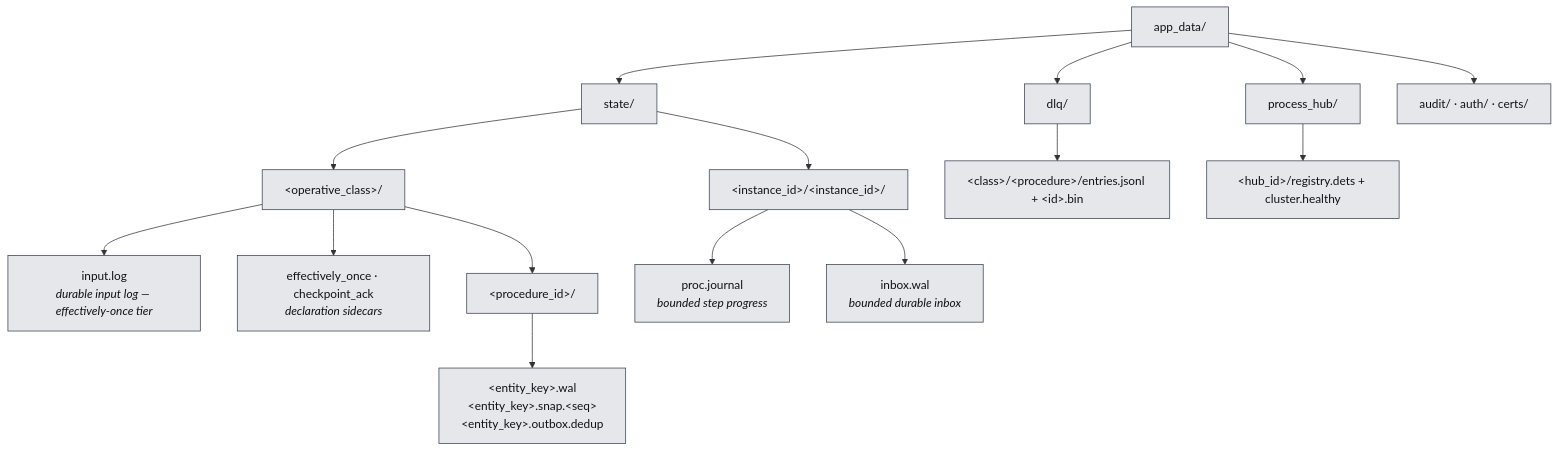
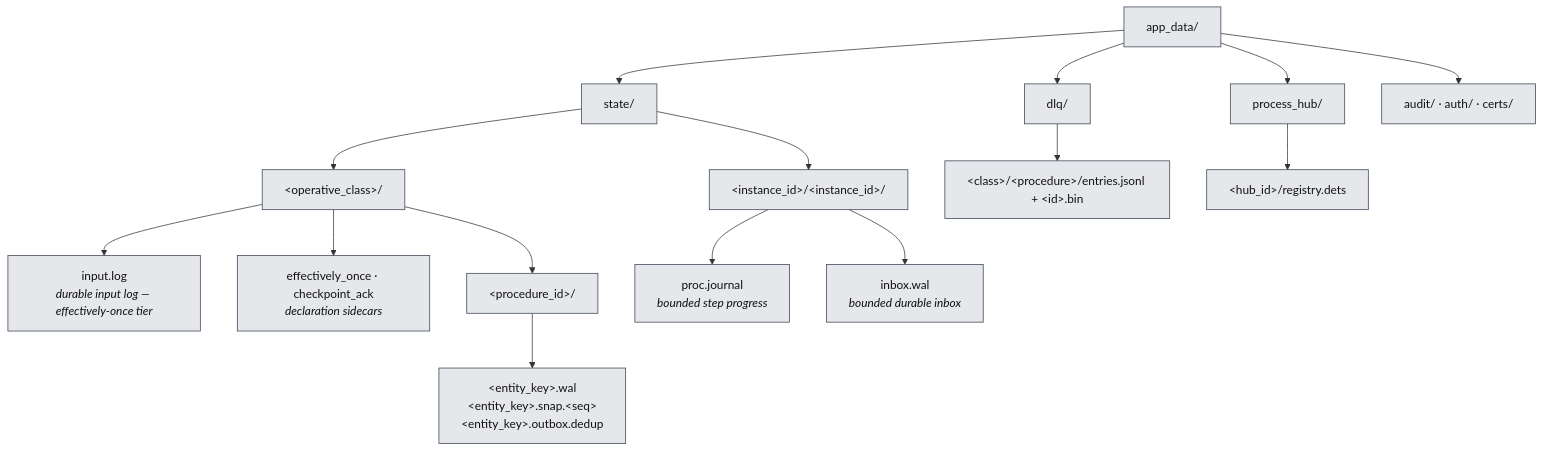
One commit to Flezha/flezha changed the eighth of 9 diagrams in docs/architecture/README.md. Above: the diagram before and after it, drawn with Mermaid. The commit also changed 19 other files, not shown here.

````diff
--- a/docs/architecture/README.md
+++ b/docs/architecture/README.md
@@ -413,38 +413,38 @@
 ```mermaid
 flowchart TB
     ROOT["app_data/"]:::store
     ST["state/"]:::store
     DLQ["dlq/"]:::store
     PH["process_hub/"]:::store
     AUD["audit/ · auth/ · certs/"]:::store
 
     CLS["&lt;operative_class&gt;/"]:::store
     IL["input.log<br/><i>durable input log — effectively-once tier</i>"]:::store
     DECL["effectively_once · checkpoint_ack<br/><i>declaration sidecars</i>"]:::store
     OPID["&lt;procedure_id&gt;/"]:::store
     SEG["&lt;entity_key&gt;.wal<br/>&lt;entity_key&gt;.snap.&lt;seq&gt;<br/>&lt;entity_key&gt;.outbox.dedup"]:::store
 
     INST["&lt;instance_id&gt;/&lt;instance_id&gt;/"]:::store
     JRN["proc.journal<br/><i>bounded step progress</i>"]:::store
     INB["inbox.wal<br/><i>bounded durable inbox</i>"]:::store
 
     DLQE["&lt;class&gt;/&lt;procedure&gt;/entries.jsonl + &lt;id&gt;.bin"]:::store
-    PHR["&lt;hub_id&gt;/registry.dets + cluster.healthy"]:::store
+    PHR["&lt;hub_id&gt;/registry.dets"]:::store
 
     ROOT --> ST
     ROOT --> DLQ
     ROOT --> PH
     ROOT --> AUD
     ST --> CLS
     CLS --> IL
     CLS --> DECL
     CLS --> OPID
     OPID --> SEG
     ST --> INST
     INST --> JRN
     INST --> INB
     DLQ --> DLQE
     PH --> PHR
 
     classDef store fill:#e5e7eb,stroke:#374151,color:#111
 ```
````
